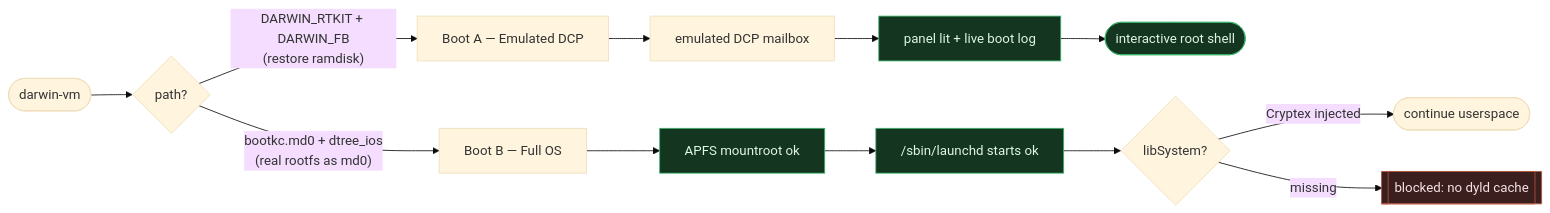
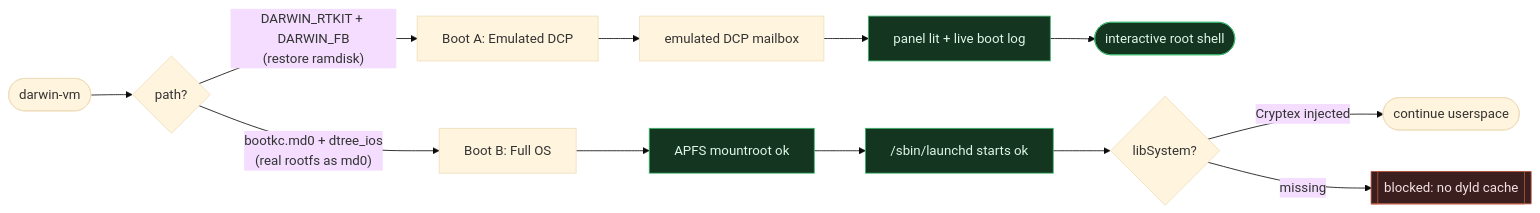
Before and after one commit to MaliosDark/ios27-cl4-secure-world: the third of 5 diagrams in README.md, drawn with Mermaid (base theme). The commit also changed other lines of this file and 20 other files, not shown here.

````diff
--- a/README.md
+++ b/README.md
@@ -144,21 +147,21 @@
 ```mermaid
 flowchart LR
     START([darwin-vm]) --> A{path?}
 
-    A -->|"DARWIN_RTKIT + DARWIN_FB<br/>(restore ramdisk)"| BA["Boot A — Emulated DCP"]
+    A -->|"DARWIN_RTKIT + DARWIN_FB<br/>(restore ramdisk)"| BA["Boot A: Emulated DCP"]
     BA --> BA1["emulated DCP mailbox"]
     BA1 --> BA2["panel lit + live boot log"]
     BA2 --> BA3([interactive root shell])
 
-    A -->|"bootkc.md0 + dtree_ios<br/>(real rootfs as md0)"| BB["Boot B — Full OS"]
+    A -->|"bootkc.md0 + dtree_ios<br/>(real rootfs as md0)"| BB["Boot B: Full OS"]
     BB --> BB1["APFS mountroot ok"]
     BB1 --> BB2["/sbin/launchd starts ok"]
     BB2 --> BB3{"libSystem?"}
     BB3 -->|Cryptex injected| BB4([continue userspace])
     BB3 -->|missing| BB5[["blocked: no dyld cache"]]
 
     classDef ok fill:#14351f,stroke:#3cb56c,color:#dff6e8;
     classDef blk fill:#3b1f1f,stroke:#b5533c,color:#f6e2e2;
     class BA2,BA3,BB1,BB2 ok;
     class BB5 blk;
 ```
````
